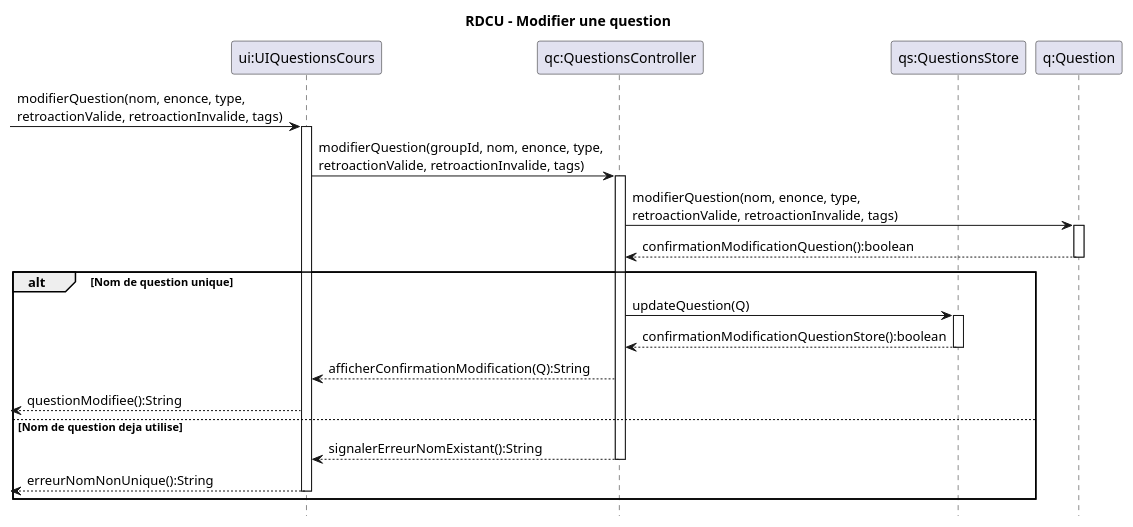
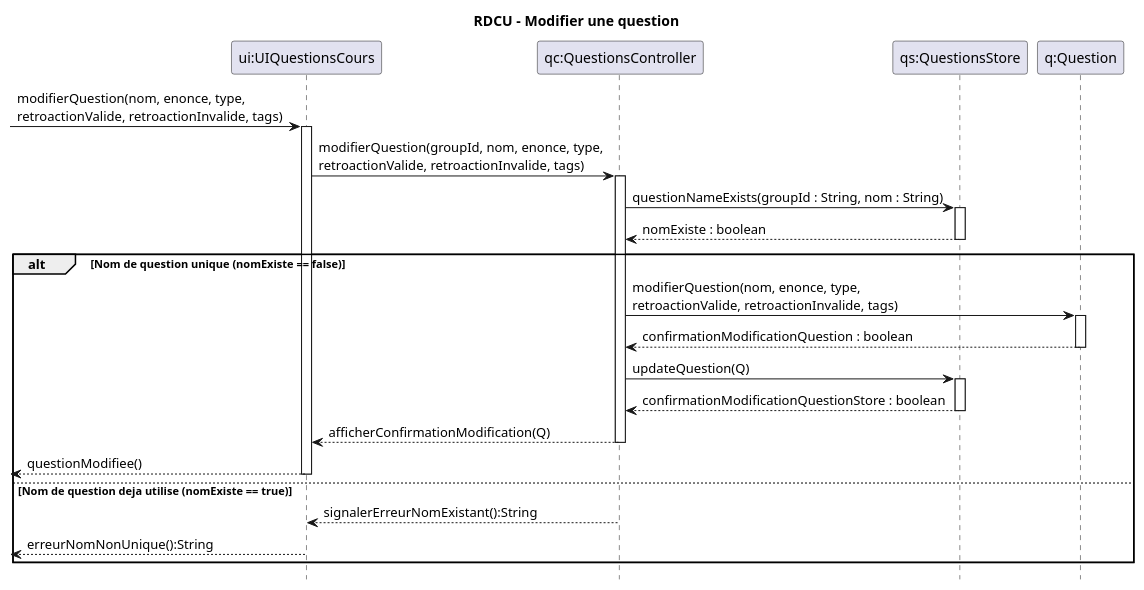
The diagram in docs/modeles/cu02/rdcu-modifier-question.puml (xMrYahya/moodle-clone), drawn with PlantUML before and after one commit. The commit also changed 3 other files, not shown here.

```diff
--- a/docs/modeles/cu02/rdcu-modifier-question.puml
+++ b/docs/modeles/cu02/rdcu-modifier-question.puml
@@ -1,41 +1,46 @@
 @startuml
 hide footbox
 title RDCU – Modifier une question
 
 participant "ui:UIQuestionsCours" as UI
 participant "qc:QuestionsController" as QC
 participant "qs:QuestionsStore" as QS
 participant "q:Question" as Q
 
-
 -> UI : modifierQuestion(nom, enonce, type,\nretroactionValide, retroactionInvalide, tags)
 activate UI
 
 UI -> QC : modifierQuestion(groupId, nom, enonce, type,\nretroactionValide, retroactionInvalide, tags)
 activate QC
 
-QC -> Q : modifierQuestion(nom, enonce, type,\nretroactionValide, retroactionInvalide, tags)
-activate Q
-Q --> QC : confirmationModificationQuestion():boolean
-deactivate Q
+QC -> QS : questionNameExists(groupId : String, nom : String)
+activate QS
+QS --> QC : nomExiste : boolean
+deactivate QS
 
-alt Nom de question unique
-    QC -> QS : updateQuestion(Q)
-    activate QS
-    QS --> QC : confirmationModificationQuestionStore():boolean
-    deactivate QS
+alt Nom de question unique (nomExiste == false)
+  QC -> Q : modifierQuestion(nom, enonce, type,\nretroactionValide, retroactionInvalide, tags)
+  activate Q
+  Q --> QC : confirmationModificationQuestion : boolean
+  deactivate Q
 
-    QC --> UI : afficherConfirmationModification(Q):String
+  QC -> QS : updateQuestion(Q)
+  activate QS
+  QS --> QC : confirmationModificationQuestionStore : boolean
+  deactivate QS
 
-    <-- UI : questionModifiee():String
+  QC --> UI : afficherConfirmationModification(Q)
+  deactivate QC
 
+  <-- UI : questionModifiee()
+  deactivate UI
 
-else Nom de question deja utilise
-    QC --> UI : signalerErreurNomExistant():String
-    deactivate QC
+else Nom de question deja utilise (nomExiste == true)
+  QC --> UI : signalerErreurNomExistant():String
+  deactivate QC
 
-    <-- UI : erreurNomNonUnique():String
-    deactivate UI
+  <-- UI : erreurNomNonUnique():String
+  deactivate UI
 end
 
 @enduml
```
